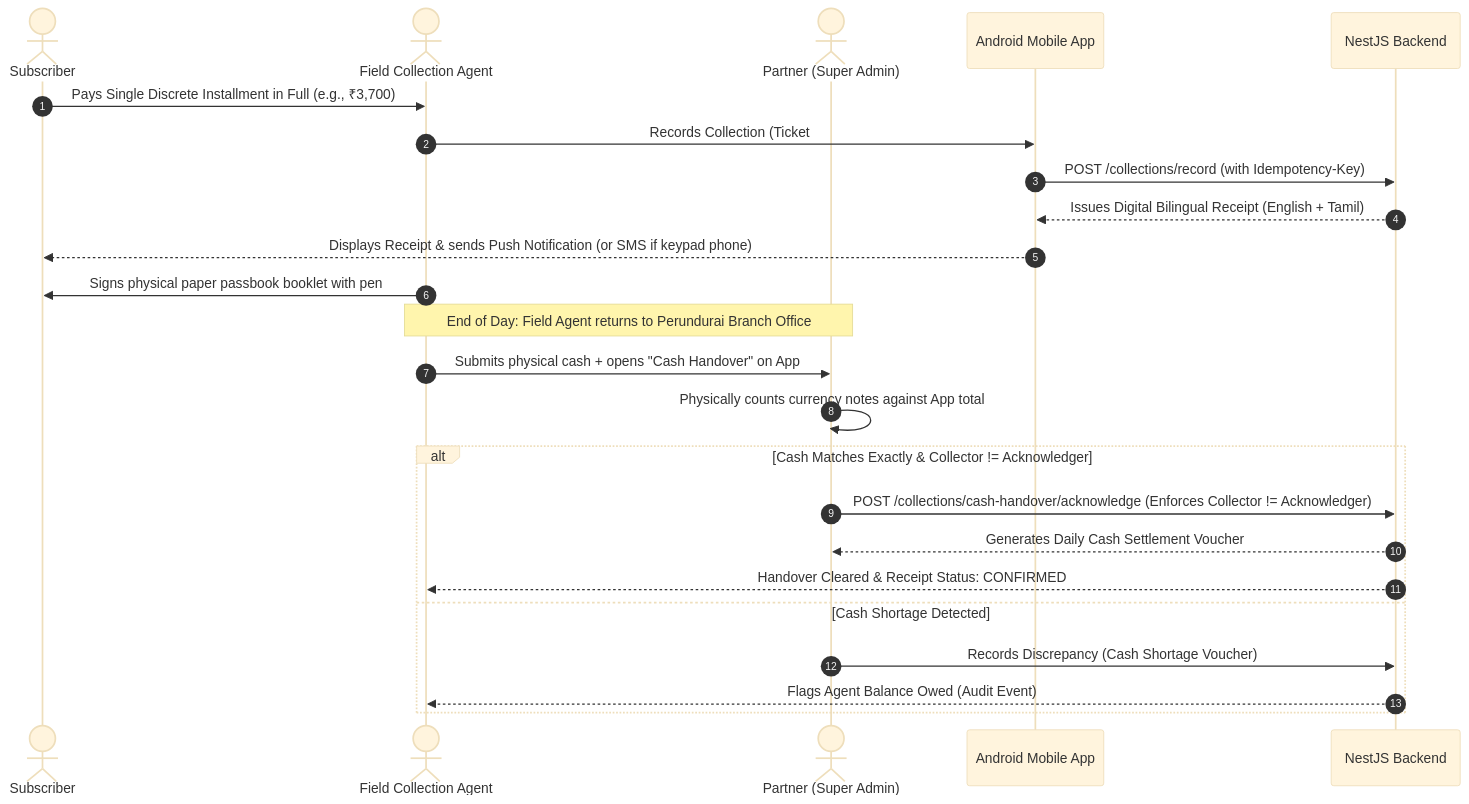
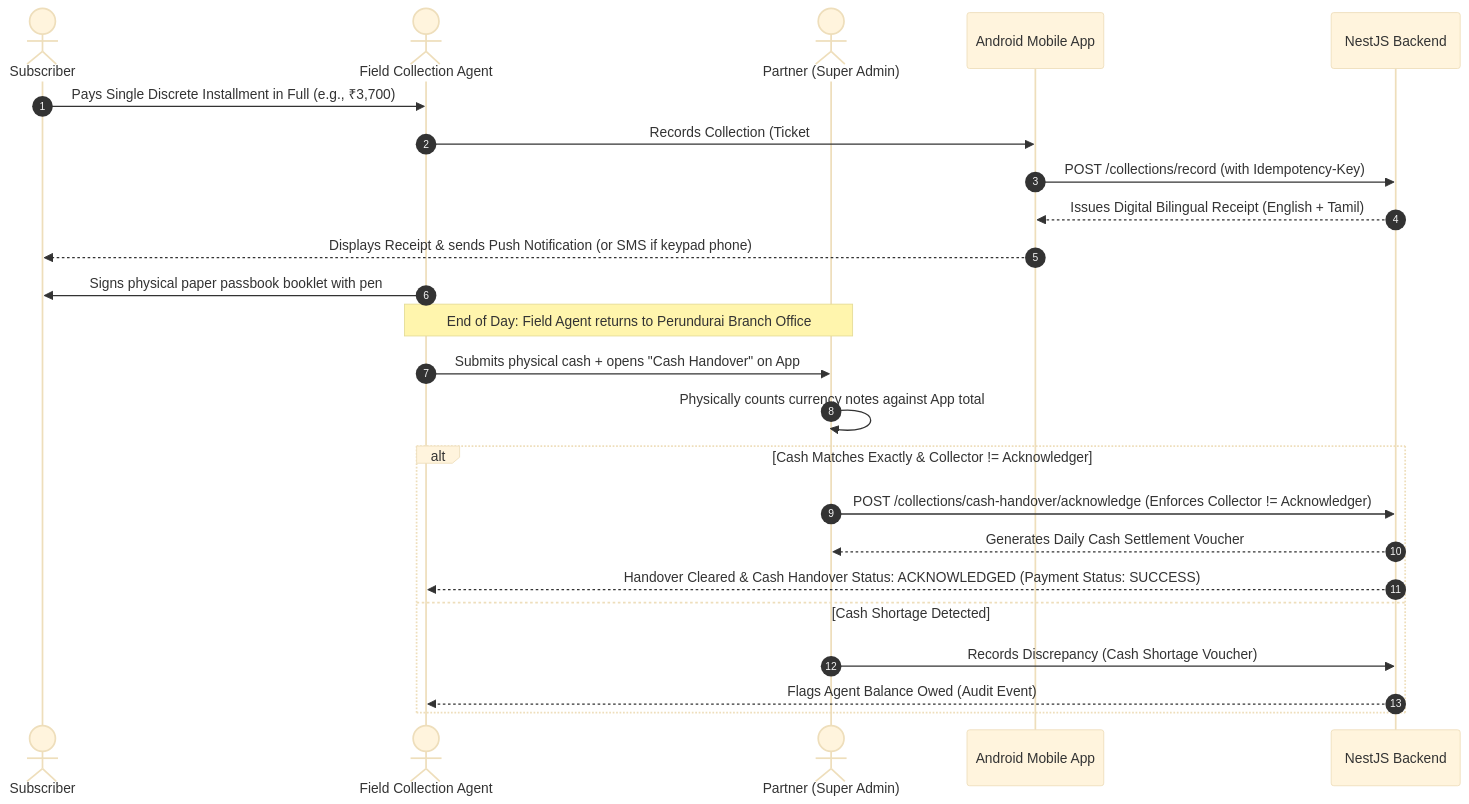
One commit to Kathir-24/Kumaran-finance changed the first of 2 diagrams in docs/07-operations/operations-sop.md. Above: the diagram before and after it, drawn with Mermaid (base theme). The commit also changed other lines of this file and 47 other files, not shown here.

````diff
--- a/docs/07-operations/operations-sop.md
+++ b/docs/07-operations/operations-sop.md
@@ -10,29 +10,29 @@
 ```mermaid
 sequenceDiagram
     autonumber
     actor Customer as Subscriber
     actor Agent as Field Collection Agent
     actor Partner as Partner (Super Admin)
     participant App as Android Mobile App
     participant Server as NestJS Backend
 
     Customer->>Agent: Pays Single Discrete Installment in Full (e.g., ₹3,700)
     Agent->>App: Records Collection (Ticket #, Exact Amount, Method: CASH)
     App->>Server: POST /collections/record (with Idempotency-Key)
     Server-->>App: Issues Digital Bilingual Receipt (English + Tamil)
     App-->>Customer: Displays Receipt & sends Push Notification (or SMS if keypad phone)
     Agent->>Customer: Signs physical paper passbook booklet with pen
 
     Note over Agent,Partner: End of Day: Field Agent returns to Perundurai Branch Office
 
     Agent->>Partner: Submits physical cash + opens "Cash Handover" on App
     Partner->>Partner: Physically counts currency notes against App total
     alt Cash Matches Exactly & Collector != Acknowledger
         Partner->>Server: POST /collections/cash-handover/acknowledge (Enforces Collector != Acknowledger)
         Server-->>Partner: Generates Daily Cash Settlement Voucher
-        Server-->>Agent: Handover Cleared & Receipt Status: CONFIRMED
+        Server-->>Agent: Handover Cleared & Cash Handover Status: ACKNOWLEDGED (Payment Status: SUCCESS)
     else Cash Shortage Detected
         Partner->>Server: Records Discrepancy (Cash Shortage Voucher)
         Server-->>Agent: Flags Agent Balance Owed (Audit Event)
     end
 ```
````
